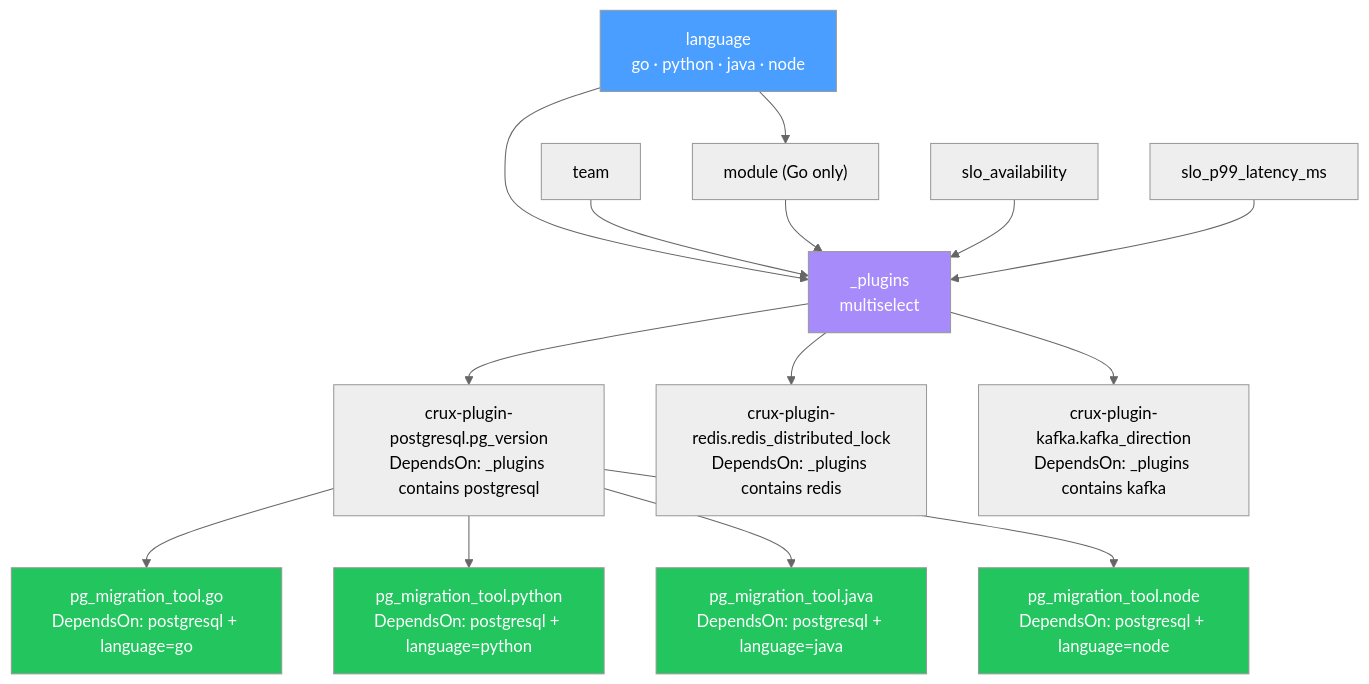
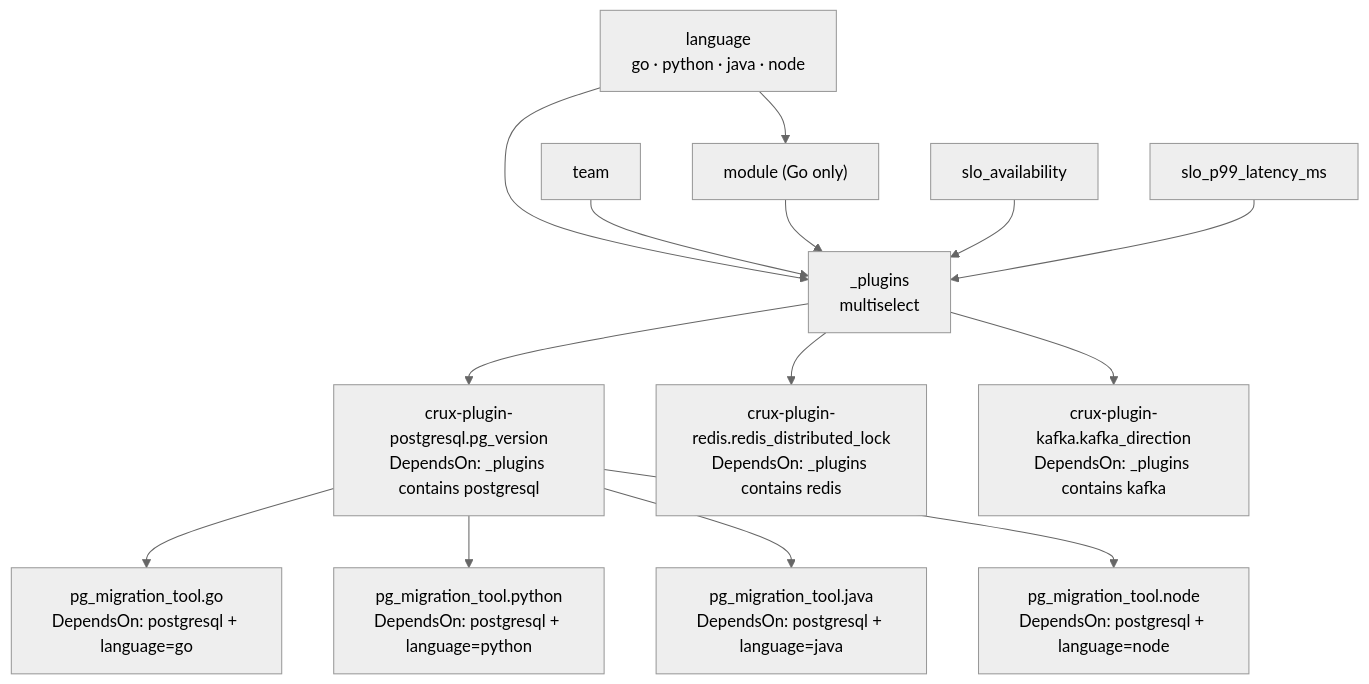
One commit to theheadlessengineer/crux changed the sixth of 15 diagrams in docs/architecture-diagrams.md. Above: the diagram before and after it, drawn with Mermaid (neutral theme). The commit also changed other lines of this file and 1 other file, not shown here.

````diff
--- a/docs/architecture-diagrams.md
+++ b/docs/architecture-diagrams.md
@@ -261,39 +241,33 @@
 ```mermaid
 flowchart TD
     L["language\ngo · python · java · node"]
     T["team"]
     M["module (Go only)"]
     SLO_A["slo_availability"]
     SLO_P["slo_p99_latency_ms"]
     PL["_plugins\nmultiselect"]
 
     PG_V["crux-plugin-postgresql.pg_version\nDependsOn: _plugins contains postgresql"]
     PG_M_GO["pg_migration_tool.go\nDependsOn: postgresql + language=go"]
     PG_M_PY["pg_migration_tool.python\nDependsOn: postgresql + language=python"]
     PG_M_JV["pg_migration_tool.java\nDependsOn: postgresql + language=java"]
     PG_M_ND["pg_migration_tool.node\nDependsOn: postgresql + language=node"]
 
     RD["crux-plugin-redis.redis_distributed_lock\nDependsOn: _plugins contains redis"]
     KF["crux-plugin-kafka.kafka_direction\nDependsOn: _plugins contains kafka"]
 
     L --> M
     L --> PL
     T --> PL
     M --> PL
     SLO_A --> PL
     SLO_P --> PL
     PL --> PG_V
     PL --> RD
     PL --> KF
     PG_V --> PG_M_GO
     PG_V --> PG_M_PY
     PG_V --> PG_M_JV
     PG_V --> PG_M_ND
 
-    style L fill:#4a9eff,color:#fff
-    style PL fill:#a78bfa,color:#fff
-    style PG_M_GO fill:#22c55e,color:#fff
-    style PG_M_PY fill:#22c55e,color:#fff
-    style PG_M_JV fill:#22c55e,color:#fff
-    style PG_M_ND fill:#22c55e,color:#fff
 ```
````
